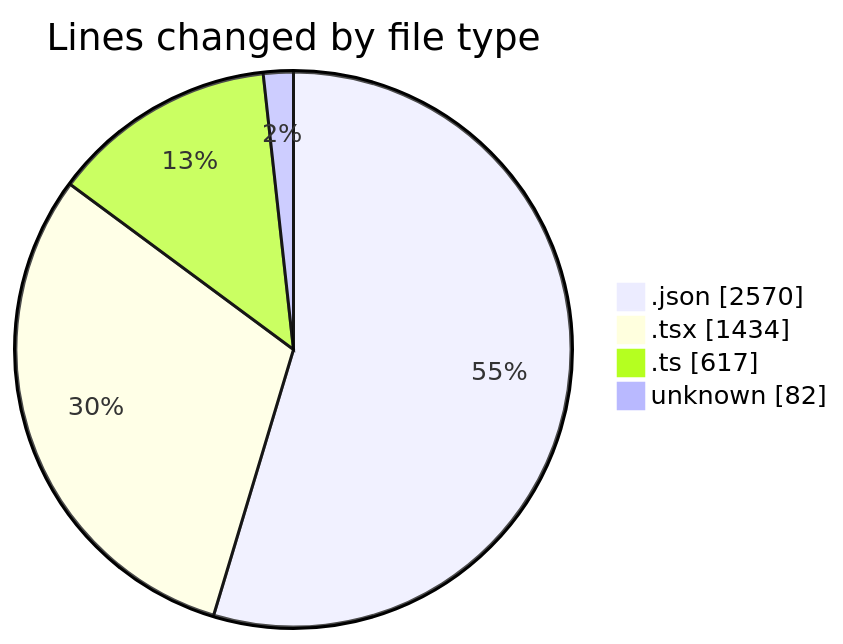
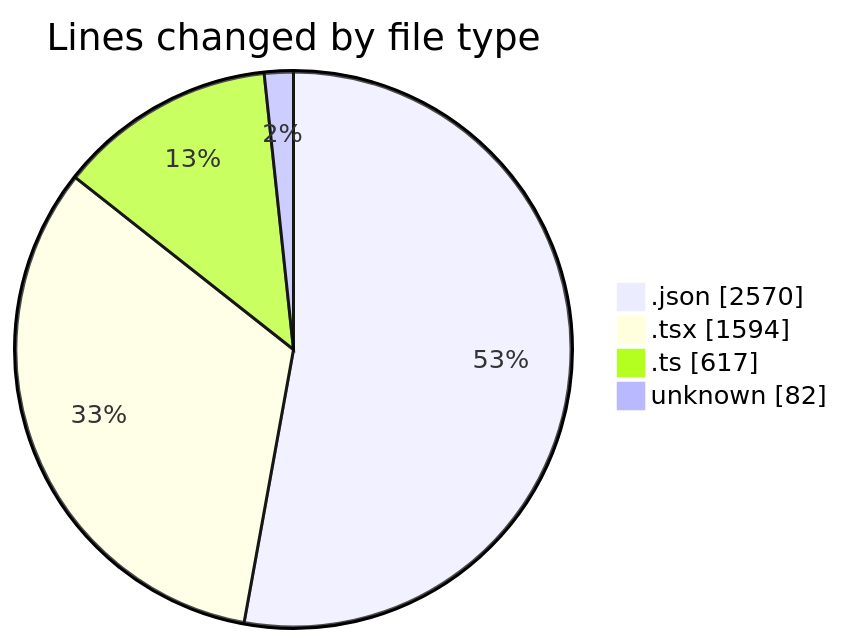
One commit to julien-gomy/code-tracking changed the first of 2 diagrams in 2025-10-29/eventscop-frontend-guide__workspace_/README.md. Above: the diagram before and after it, drawn with Mermaid. The commit also changed other lines of this file and 1 other file, not shown here.

````diff
--- a/2025-10-29/eventscop-frontend-guide__workspace_/README.md
+++ b/2025-10-29/eventscop-frontend-guide__workspace_/README.md
@@ -49,8 +49,8 @@
 ```mermaid
 pie showData
 title Lines changed by file type
 ".json" : 2570
-".tsx" : 1434
+".tsx" : 1594
 ".ts" : 617
 "unknown" : 82
 ```
````
